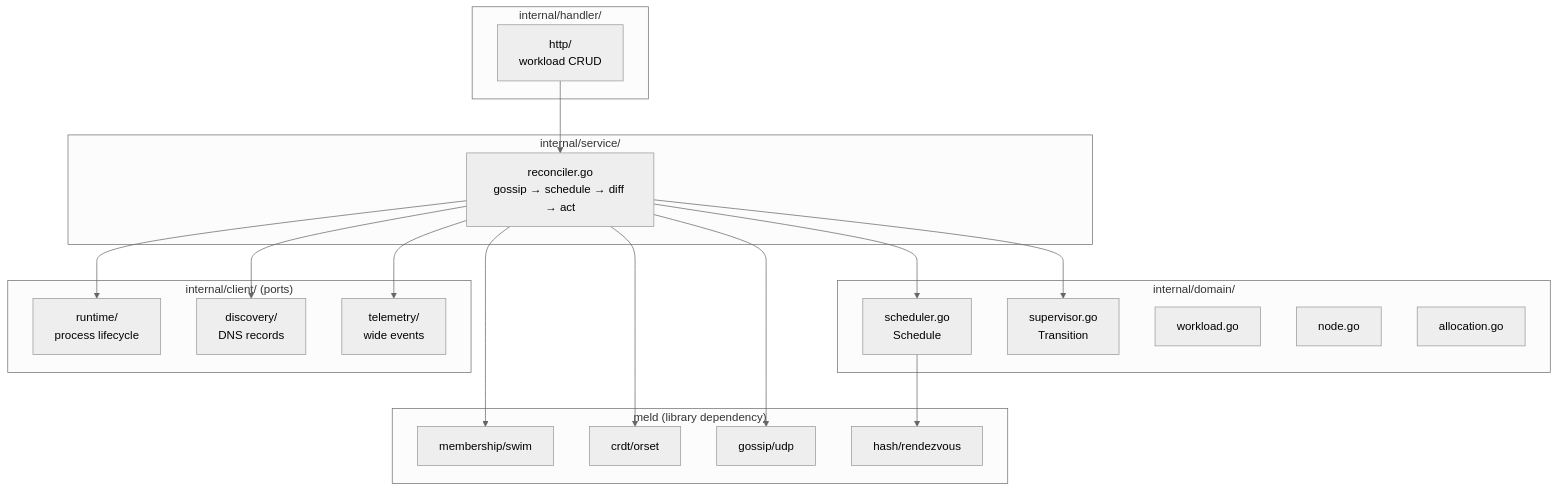
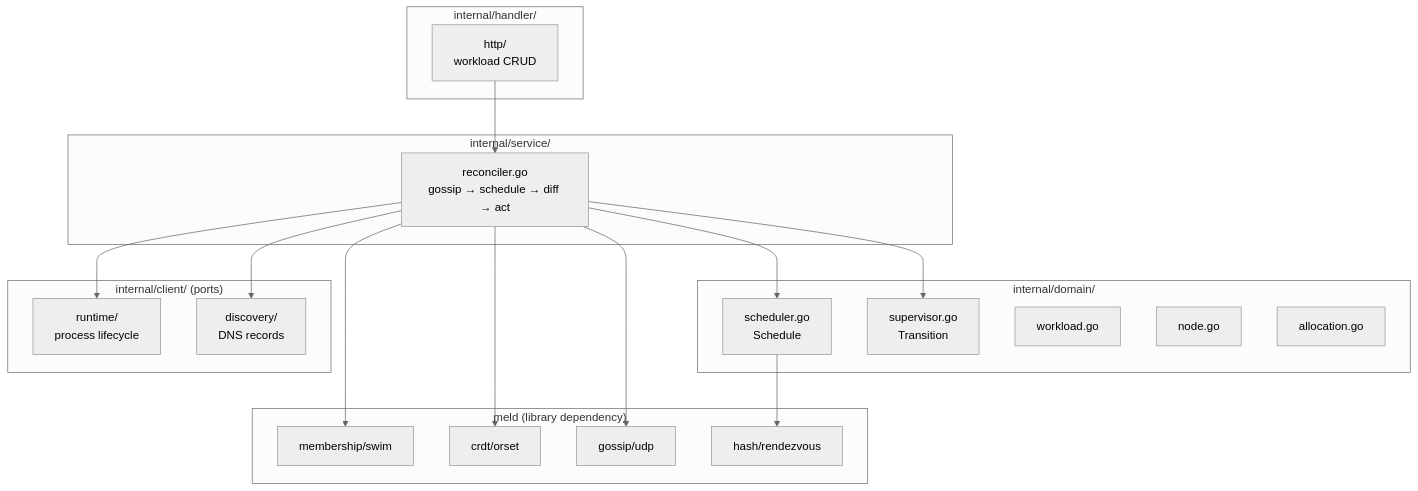
The first of 2 diagrams in README.md (w-h-a/flock), drawn with Mermaid (neutral theme) before and after one commit. The commit also changed other lines of this file and 1 other file, not shown here.

Commit message:
docs: update README (#3)

````diff
--- a/README.md
+++ b/README.md
@@ -13,42 +13,40 @@
 ```mermaid
 graph TD
     subgraph "internal/domain/"
         SCH[scheduler.go<br/>Schedule]
         SUP[supervisor.go<br/>Transition]
         WK[workload.go]
         ND[node.go]
         AL[allocation.go]
     end
 
     subgraph "internal/service/"
         REC[reconciler.go<br/>gossip → schedule → diff → act]
     end
 
     subgraph "internal/handler/"
         HTTP[http/<br/>workload CRUD]
     end
 
     subgraph "internal/client/ (ports)"
         RT[runtime/<br/>process lifecycle]
         DIS[discovery/<br/>DNS records]
-        TEL[telemetry/<br/>wide events]
     end
 
     subgraph "meld (library dependency)"
         MEMB[membership/swim]
         CRDT[crdt/orset]
         GOSSIP[gossip/udp]
         HASH[hash/rendezvous]
     end
 
     REC --> SCH
     REC --> SUP
     REC --> RT
     REC --> DIS
-    REC --> TEL
     REC --> MEMB
     REC --> CRDT
     REC --> GOSSIP
     SCH --> HASH
     HTTP --> REC
 ```
````
